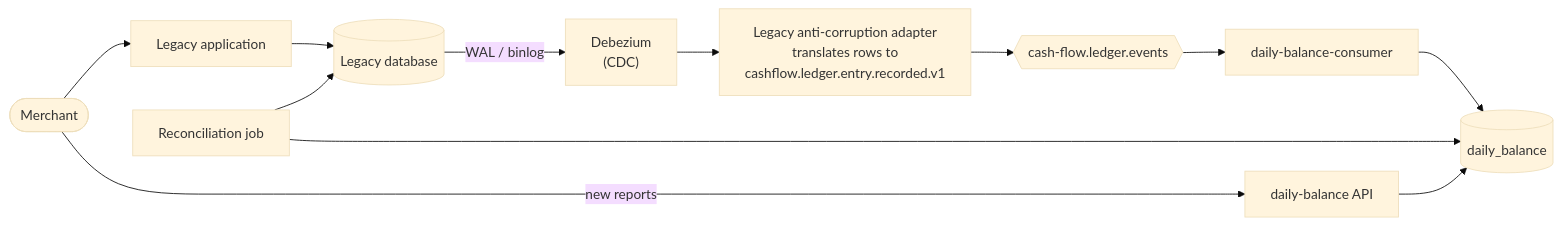
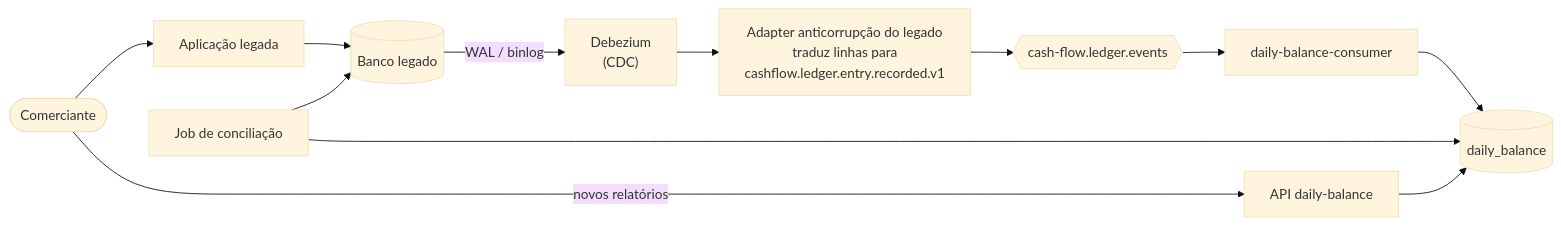
The third of 6 diagrams in docs/04-transition-architecture.md (joaorizzont/cash-flow-test), drawn with Mermaid (base theme) before and after one commit. The commit also changed other lines of this file and 23 other files, not shown here.

First line of the commit message:
docs: translate architecture documentation to portuguese

````diff
--- a/docs/04-transition-architecture.md
+++ b/docs/04-transition-architecture.md
@@ -50,14 +50,14 @@
 ```mermaid
 flowchart LR
-  M(["Merchant"]) --> LA["Legacy application"]
-  LA --> LDB[("Legacy database")]
+  M(["Comerciante"]) --> LA["Aplicação legada"]
+  LA --> LDB[("Banco legado")]
   LDB -->|"WAL / binlog"| CDC["Debezium<br/>(CDC)"]
-  CDC --> ACL["Legacy anti-corruption adapter<br/>translates rows to<br/>cashflow.ledger.entry.recorded.v1"]
+  CDC --> ACL["Adapter anticorrupção do legado<br/>traduz linhas para<br/>cashflow.ledger.entry.recorded.v1"]
   ACL --> X{{"cash-flow.ledger.events"}}
   X --> C["daily-balance-consumer"]
   C --> DDB[("daily_balance")]
-  M -->|"new reports"| API["daily-balance API"]
+  M -->|"novos relatórios"| API["API daily-balance"]
   API --> DDB
-  REC["Reconciliation job"] --> LDB
+  REC["Job de conciliação"] --> LDB
   REC --> DDB
 ```
````
